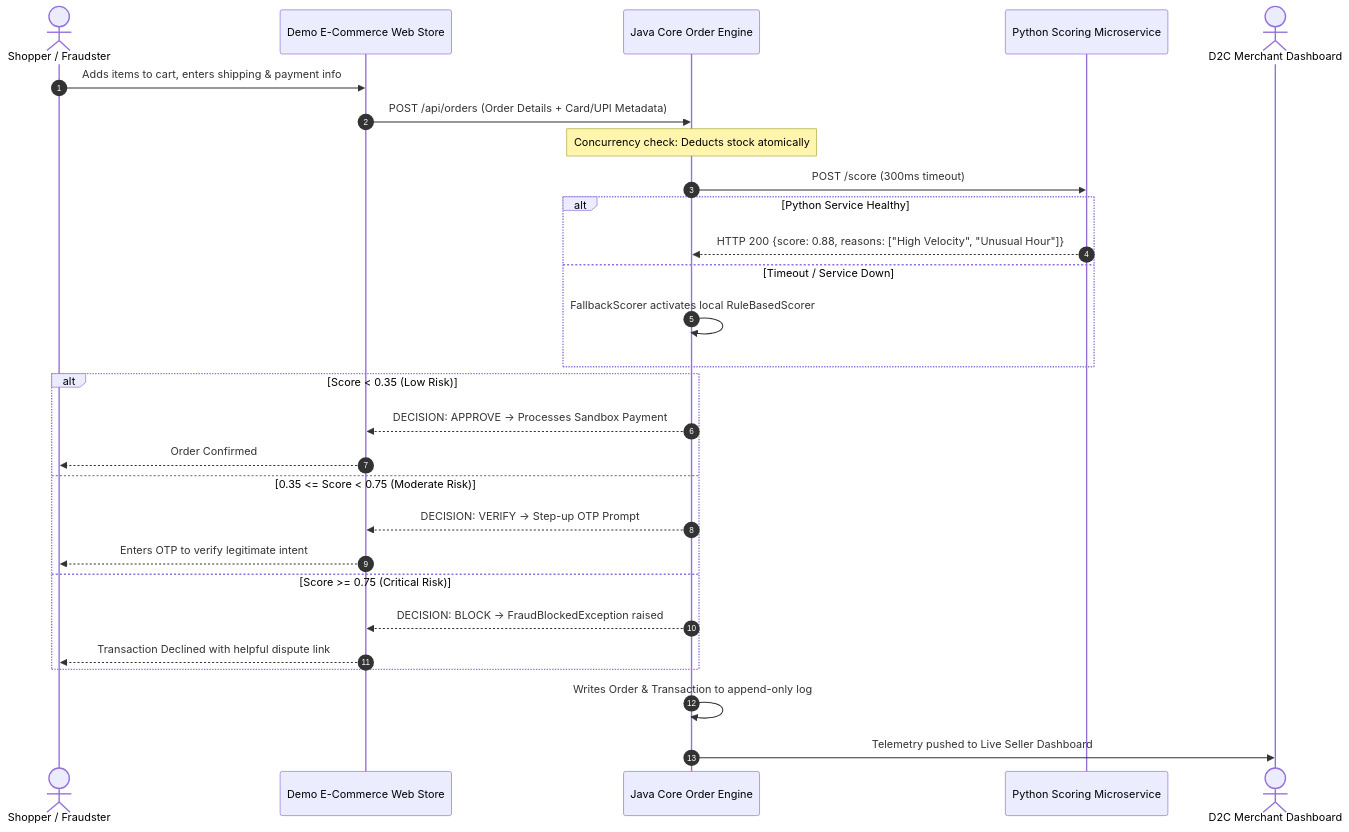
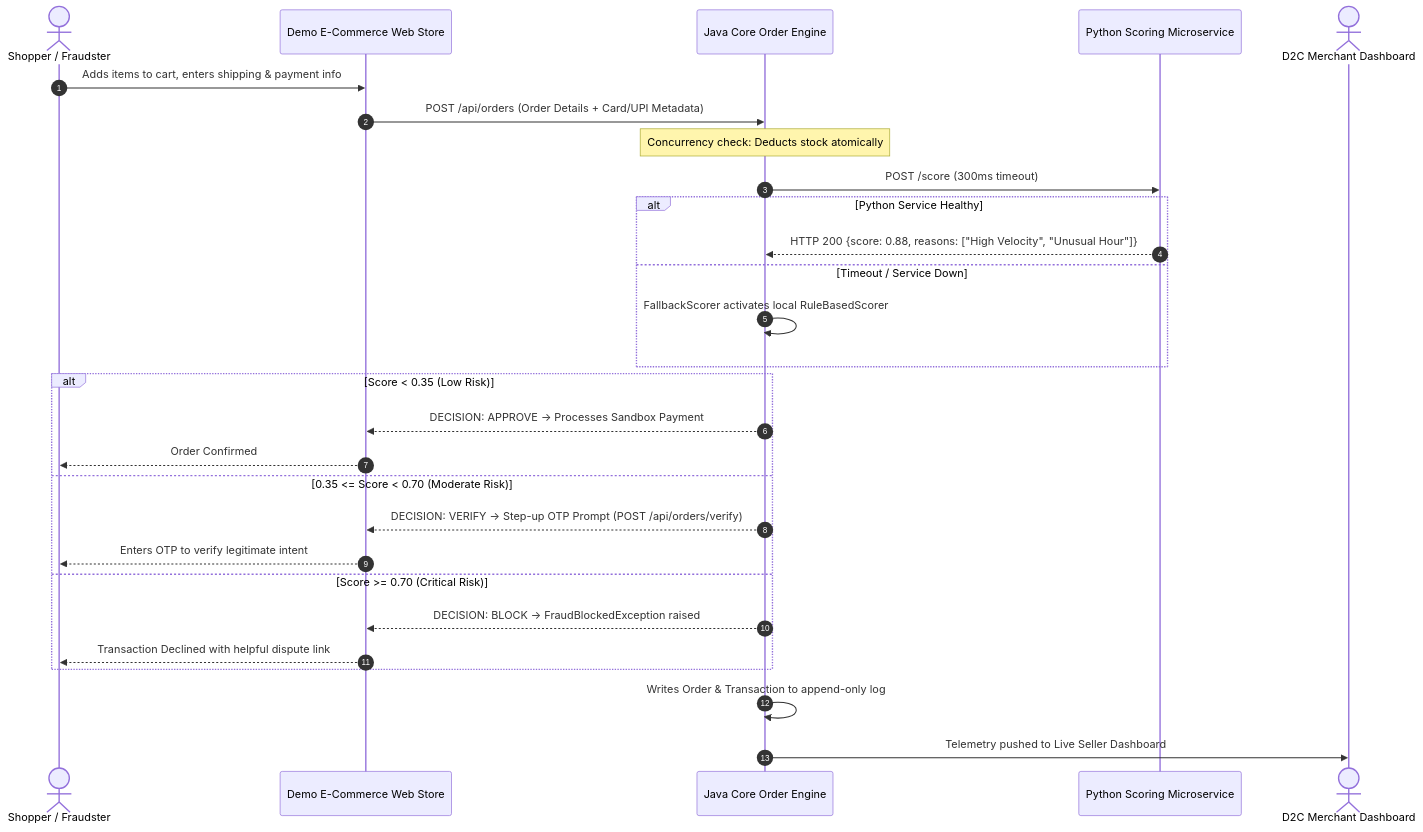
One commit to Maahirrrr/FraudShield changed the diagram in docs/ECOMMERCE_DESIGN.md. Above: the diagram before and after it, drawn with Mermaid. The commit also changed 100 other files, not shown here.

````diff
--- a/docs/ECOMMERCE_DESIGN.md
+++ b/docs/ECOMMERCE_DESIGN.md
@@ -34,33 +34,33 @@
 ```mermaid
 sequenceDiagram
     autonumber
     actor Customer as Shopper / Fraudster
     participant Store as Demo E-Commerce Web Store
     participant Java as Java Core Order Engine
     participant Python as Python Scoring Microservice
     actor Merchant as D2C Merchant Dashboard
 
     Customer->>Store: Adds items to cart, enters shipping & payment info
     Store->>Java: POST /api/orders (Order Details + Card/UPI Metadata)
     Note over Java: Concurrency check: Deducts stock atomically
     Java->>Python: POST /score (300ms timeout)
     alt Python Service Healthy
         Python-->>Java: HTTP 200 {score: 0.88, reasons: ["High Velocity", "Unusual Hour"]}
     else Timeout / Service Down
         Java->>Java: FallbackScorer activates local RuleBasedScorer
     end
     
     alt Score < 0.35 (Low Risk)
         Java-->>Store: DECISION: APPROVE -> Processes Sandbox Payment
         Store-->>Customer: Order Confirmed
-    else 0.35 <= Score < 0.75 (Moderate Risk)
-        Java-->>Store: DECISION: VERIFY -> Step-up OTP Prompt
+    else 0.35 <= Score < 0.70 (Moderate Risk)
+        Java-->>Store: DECISION: VERIFY -> Step-up OTP Prompt (POST /api/orders/verify)
         Store-->>Customer: Enters OTP to verify legitimate intent
-    else Score >= 0.75 (Critical Risk)
+    else Score >= 0.70 (Critical Risk)
         Java-->>Store: DECISION: BLOCK -> FraudBlockedException raised
         Store-->>Customer: Transaction Declined with helpful dispute link
     end
 
     Java->>Java: Writes Order & Transaction to append-only log
     Java->>Merchant: Telemetry pushed to Live Seller Dashboard
 ```
````
